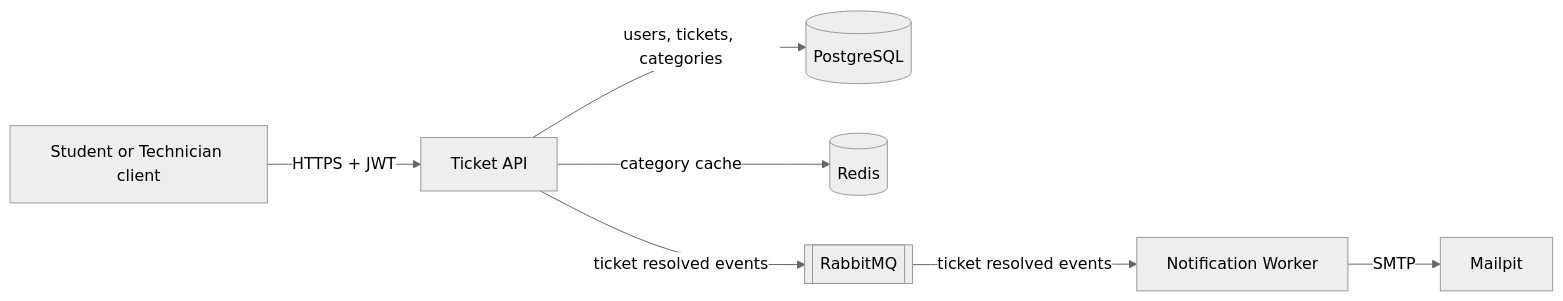
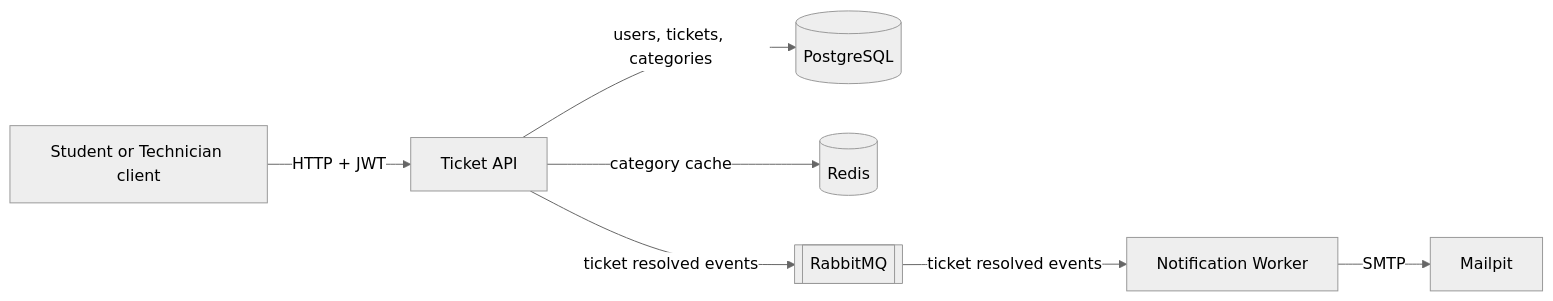
The first of 2 diagrams in docs/design.md (rinesaavdiu/University_Helpdesk), drawn with Mermaid (neutral theme) before and after one commit. The commit also changed other lines of this file and 3 other files, not shown here.

````diff
--- a/docs/design.md
+++ b/docs/design.md
@@ -20,17 +25,17 @@
 ```mermaid
 flowchart LR
     client[Student or Technician client]
     api[Ticket API]
     worker[Notification Worker]
     pg[(PostgreSQL)]
     redis[(Redis)]
     mq[[RabbitMQ]]
     mail[Mailpit]
 
-    client -->|HTTPS + JWT| api
+    client -->|HTTP + JWT| api
     api -->|users, tickets, categories| pg
     api -->|category cache| redis
     api -->|ticket resolved events| mq
     mq -->|ticket resolved events| worker
     worker -->|SMTP| mail
 ```
````
